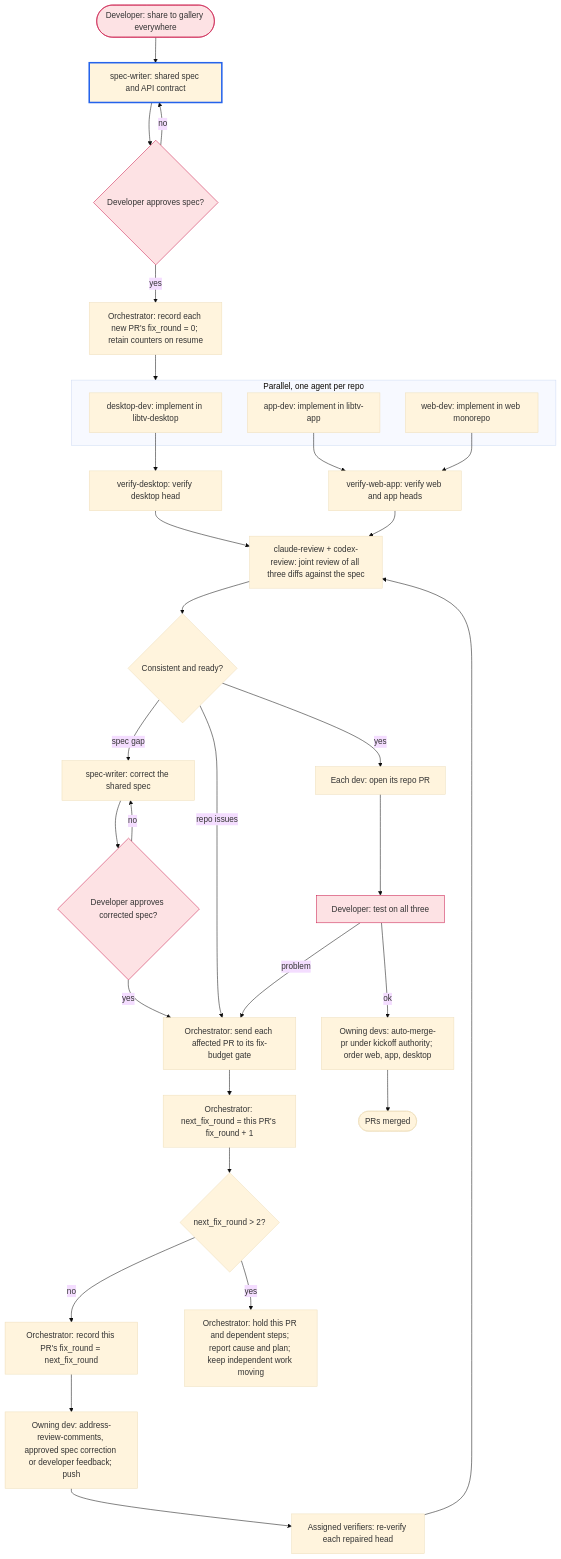
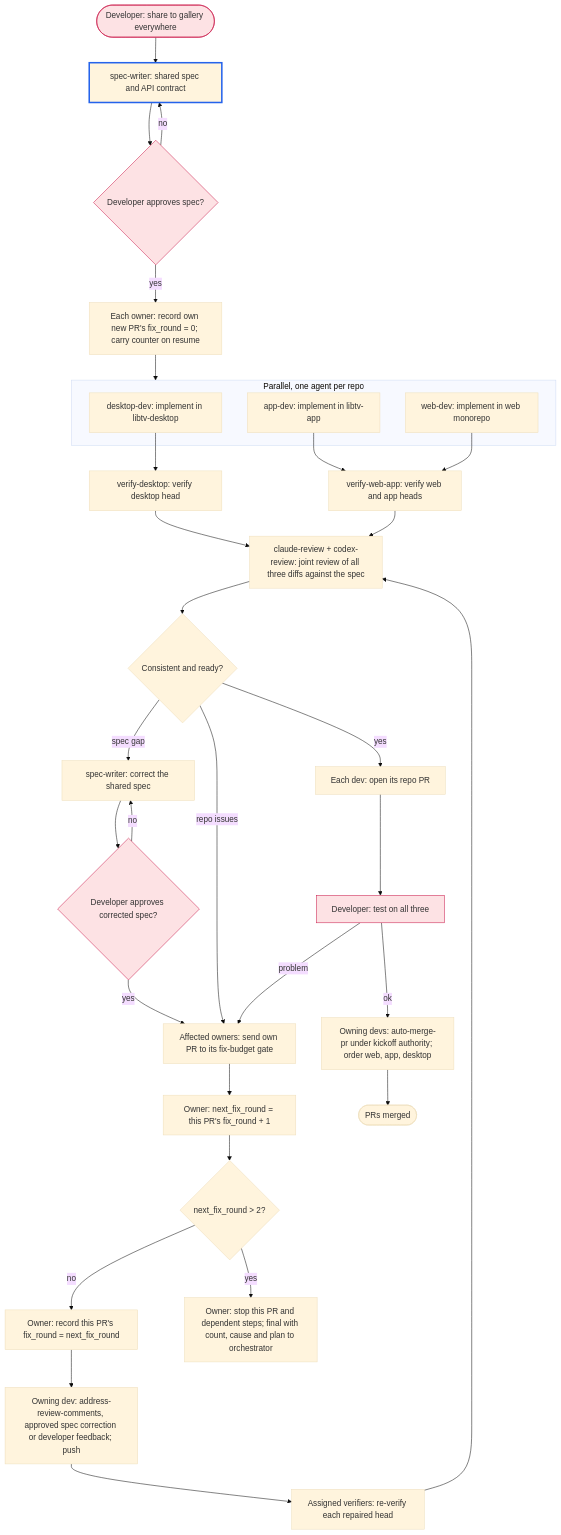
One commit to asura1234/bus changed the diagram in workflows/cross-repo-feature.md. Above: the diagram before and after it, drawn with Mermaid (base theme). The commit also changed other lines of this file and 1 other file, not shown here.

Commit message:
docs: restore manual test holds in owner merge workflows
Prepare explicit manual-test holds with merge-pr --hold-before-merge, bind approval to the tested head, and route rejected feedback through the inherited fix budget. Record deferred findings for the final report and make each cross-repo owner carry its PR counter.

````diff
--- a/workflows/cross-repo-feature.md
+++ b/workflows/cross-repo-feature.md
@@ -18,42 +22,42 @@
 ```mermaid
 flowchart TD
     start([Developer: share to gallery everywhere]):::developer --> spec
     spec[spec-writer: shared spec and API contract] --> agree{Developer approves spec?}:::developer
     agree -- no --> spec
-    agree -- yes --> initround["Orchestrator: record each new PR's fix_round = 0; retain counters on resume"]
+    agree -- yes --> initround["Each owner: record own new PR's fix_round = 0; carry counter on resume"]
     initround --> build
 
     subgraph build [Parallel, one agent per repo]
         desktop[desktop-dev: implement in libtv-desktop]
         app[app-dev: implement in libtv-app]
         web[web-dev: implement in web monorepo]
     end
 
     desktop --> verifydesktop[verify-desktop: verify desktop head]
     app --> verifywebapp[verify-web-app: verify web and app heads]
     web --> verifywebapp
     verifydesktop --> joint[claude-review + codex-review: joint review of all three diffs against the spec]
     verifywebapp --> joint
     joint --> consistent{Consistent and ready?}
     consistent -- spec gap --> revisespec[spec-writer: correct the shared spec]
     revisespec --> reapprove{Developer approves corrected spec?}:::developer
     reapprove -- no --> revisespec
     reapprove -- yes --> queuefix
-    consistent -- repo issues --> queuefix[Orchestrator: send each affected PR to its fix-budget gate]
-    queuefix --> nextfix["Orchestrator: next_fix_round = this PR's fix_round + 1"]
+    consistent -- repo issues --> queuefix[Affected owners: send own PR to its fix-budget gate]
+    queuefix --> nextfix["Owner: next_fix_round = this PR's fix_round + 1"]
     nextfix --> overbudget{"next_fix_round > 2?"}
-    overbudget -- no --> countfix["Orchestrator: record this PR's fix_round = next_fix_round"]
+    overbudget -- no --> countfix["Owner: record this PR's fix_round = next_fix_round"]
     countfix --> fixes[Owning dev: address-review-comments, approved spec correction or developer feedback; push]
     fixes --> reverify[Assigned verifiers: re-verify each repaired head]
     reverify --> joint
-    overbudget -- yes --> hold[Orchestrator: hold this PR and dependent steps; report cause and plan; keep independent work moving]
+    overbudget -- yes --> hold[Owner: stop this PR and dependent steps; final with count, cause and plan to orchestrator]
     consistent -- yes --> prs[Each dev: open its repo PR]
     prs --> test[Developer: test on all three]:::developer
     test -- problem --> queuefix
     test -- ok --> merge[Owning devs: auto-merge-pr under kickoff authority; order web, app, desktop]
     merge --> merged([PRs merged])
 
     classDef developer fill:#fde2e4,stroke:#c9184a
     classDef current stroke-width:3px,stroke:#2563eb
     class spec current
 ```
````
